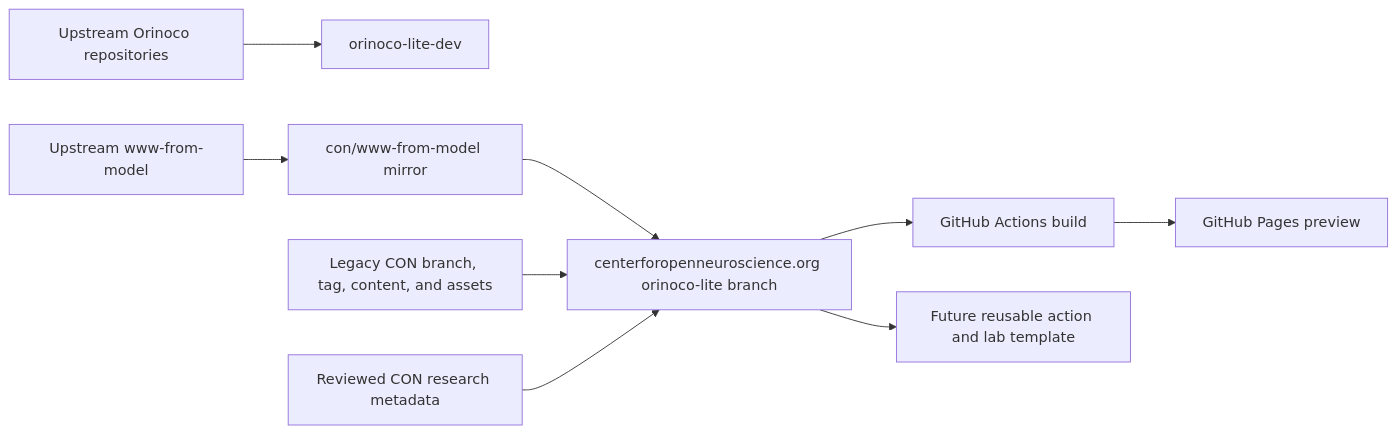
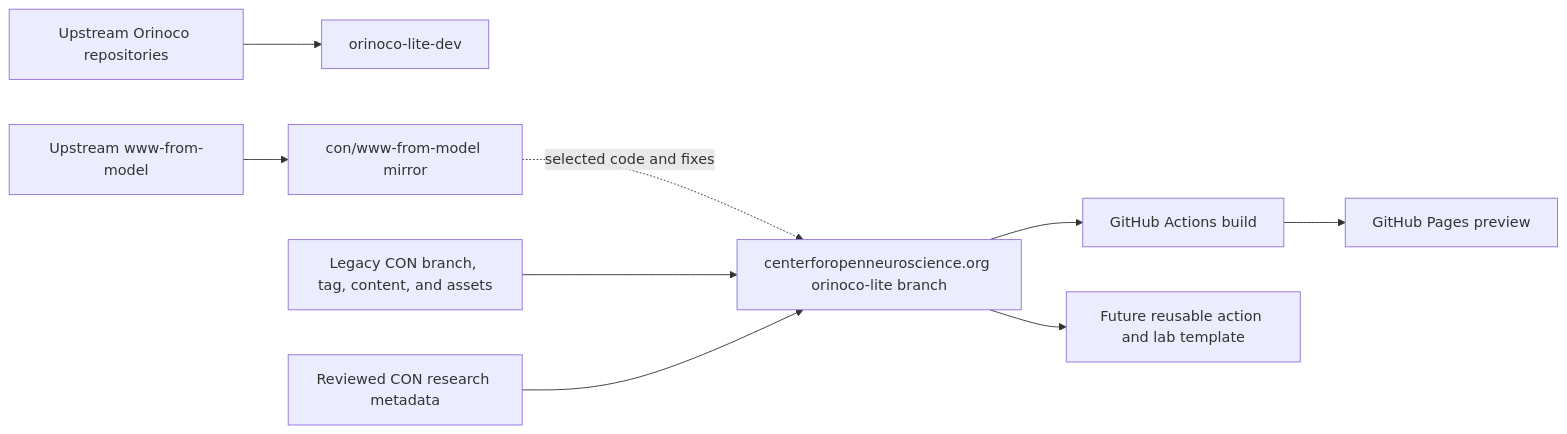
Before and after one commit to ORINOCO-Lite/orinoco-lite-dev: the diagram in README.md, drawn with Mermaid. The commit also changed other lines of this file and 2 other files, not shown here.

````diff
--- a/README.md
+++ b/README.md
@@ -27,11 +27,11 @@
 ```mermaid
 flowchart LR
     U["Upstream Orinoco repositories"] --> D["orinoco-lite-dev"]
     W["Upstream www-from-model"] --> M["con/www-from-model mirror"]
-    M --> I["centerforopenneuroscience.org orinoco-lite branch"]
+    M -. "selected code and fixes" .-> I["centerforopenneuroscience.org orinoco-lite branch"]
     C["Legacy CON branch, tag, content, and assets"] --> I
     R["Reviewed CON research metadata"] --> I
     I --> A["GitHub Actions build"]
     A --> P["GitHub Pages preview"]
     I --> F["Future reusable action and lab template"]
 ```
````
